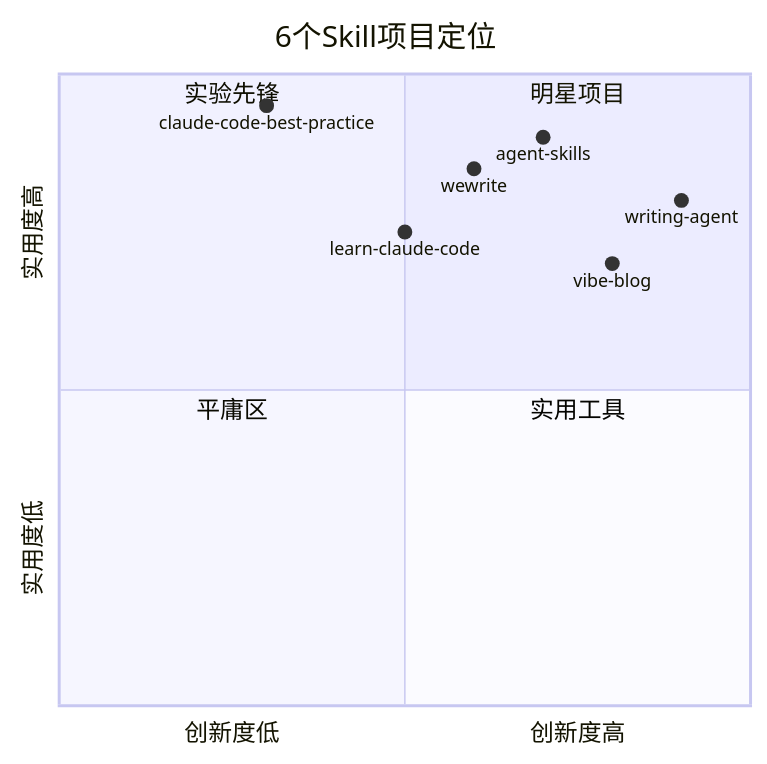
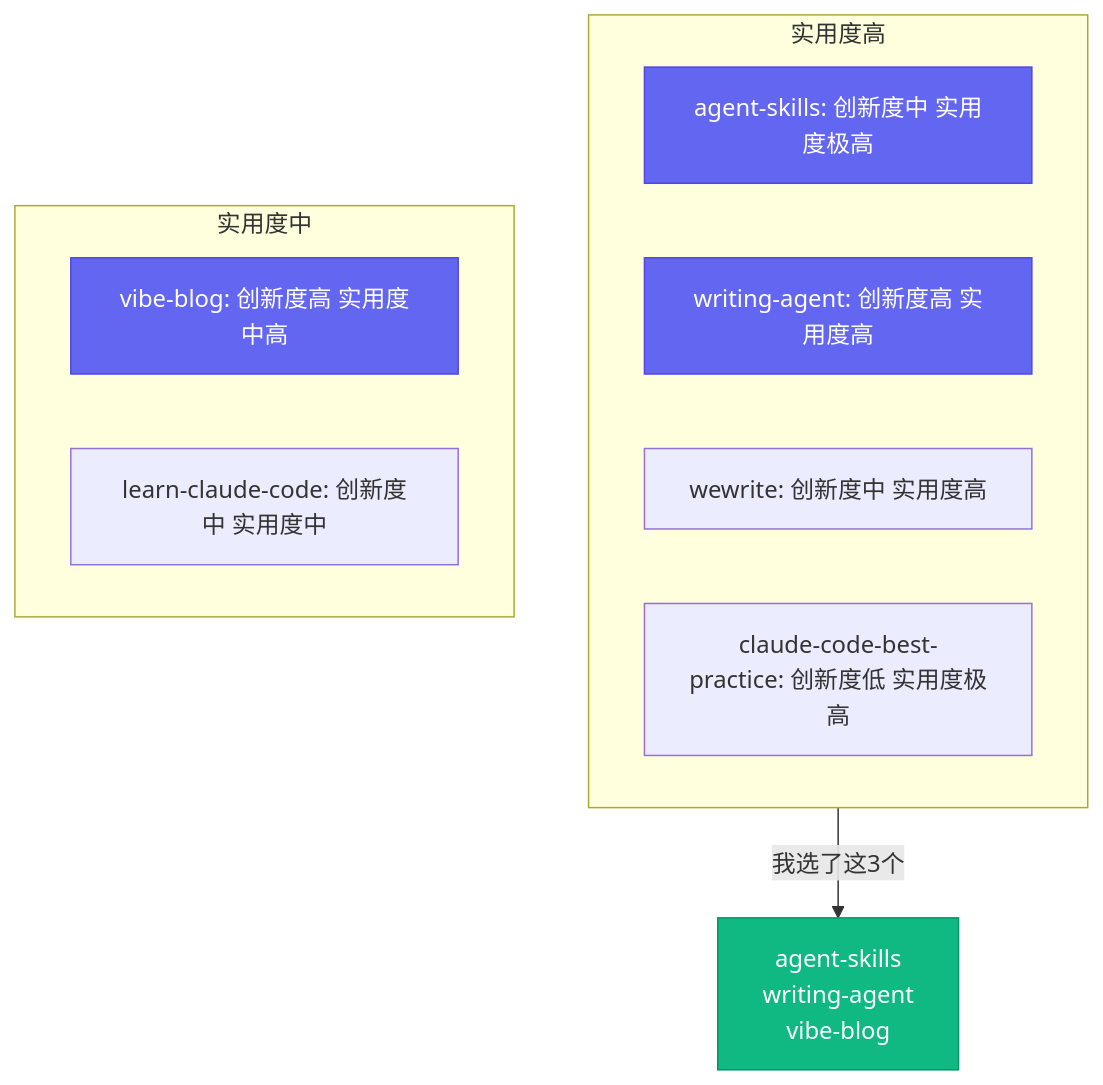
The first of 2 diagrams in posts/external-lens/zh/day-06.md (VokoForge/ai-prism), drawn with Mermaid before and after one commit. The commit also changed other lines of this file and 11 other files, not shown here.

Commit message:
✍️ Rewrite external lens: strict WeChat style + fix all Mermaid diagrams

````diff
--- a/posts/external-lens/zh/day-06.md
+++ b/posts/external-lens/zh/day-06.md
@@ -12,16 +7,20 @@
 ```mermaid
-quadrantChart
-    title 6个Skill项目定位
-    x-axis 创新度低 --> 创新度高
-    y-axis 实用度低 --> 实用度高
-    quadrant-1 明星项目
-    quadrant-2 实验先锋
-    quadrant-3 平庸区
-    quadrant-4 实用工具
-    agent-skills: [0.7, 0.9]
-    writing-agent: [0.9, 0.8]
-    wewrite: [0.6, 0.85]
-    vibe-blog: [0.8, 0.7]
-    claude-code-best-practice: [0.3, 0.95]
-    learn-claude-code: [0.5, 0.75]
+flowchart TB
+    subgraph HIGH[实用度高]
+        A1[agent-skills: 创新度中 实用度极高]
+        A2[writing-agent: 创新度高 实用度高]
+        A3[wewrite: 创新度中 实用度高]
+        A4[claude-code-best-practice: 创新度低 实用度极高]
+    end
+    subgraph MID[实用度中]
+        B1[vibe-blog: 创新度高 实用度中高]
+        B2[learn-claude-code: 创新度中 实用度中]
+    end
+
+    HIGH -->|我选了这3个| PICK[agent-skills<br>writing-agent<br>vibe-blog]
+
+    style A1 fill:#6366f1,stroke:#4f46e5,color:#fff
+    style A2 fill:#6366f1,stroke:#4f46e5,color:#fff
+    style B1 fill:#6366f1,stroke:#4f46e5,color:#fff
+    style PICK fill:#10b981,stroke:#059669,color:#fff
 ```
````
